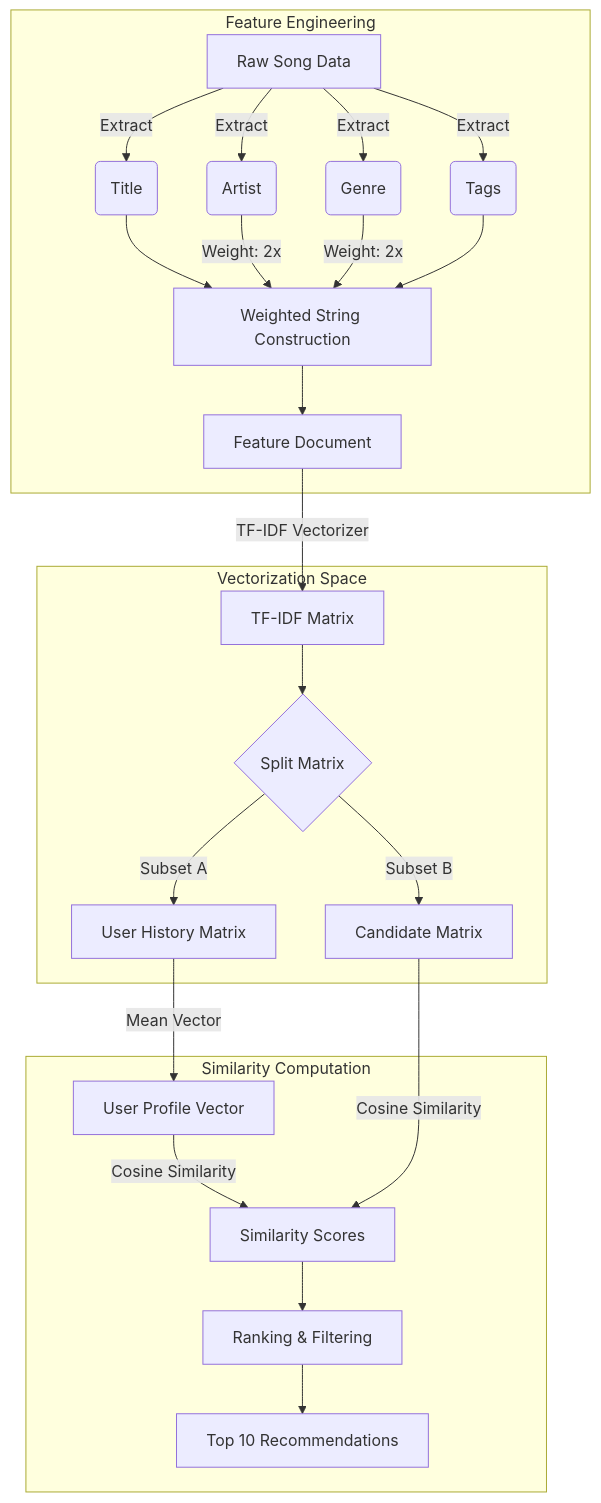
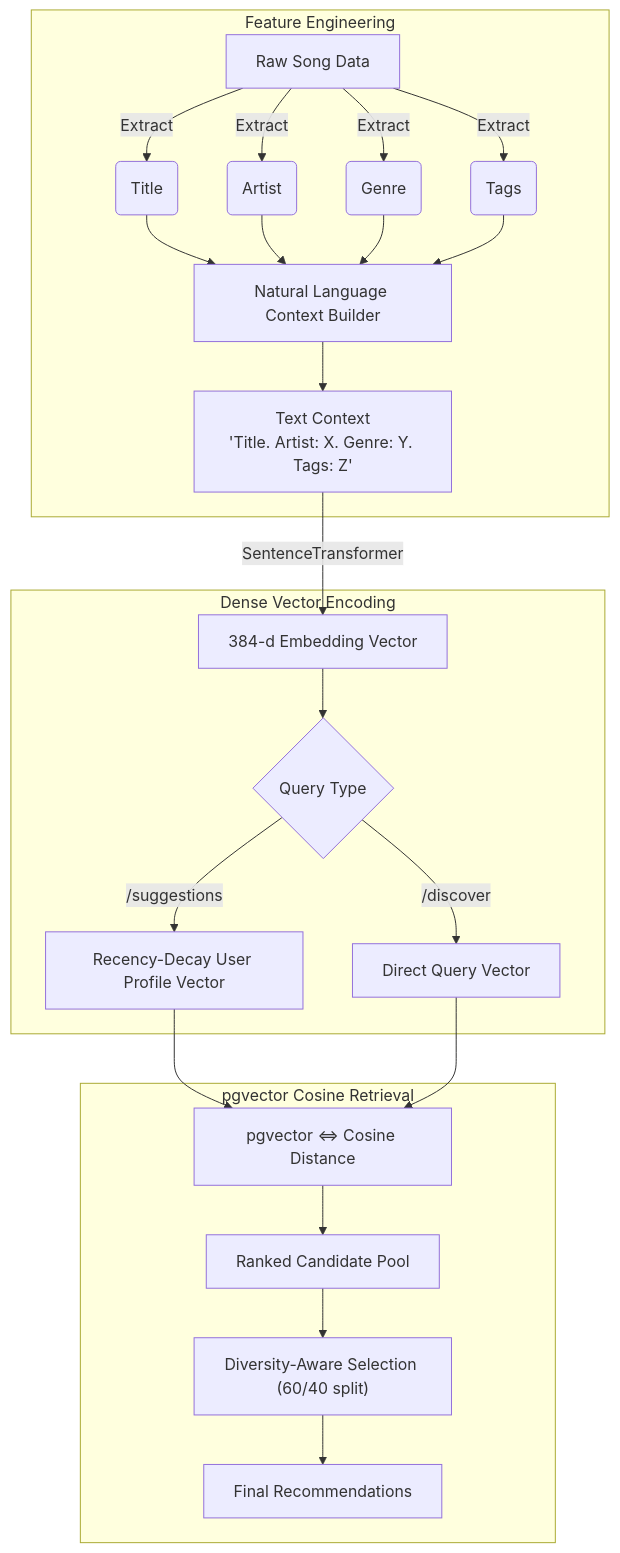
One commit to Agrannya-Singh/Tune_Trace_backend changed the first of 3 diagrams in whitepaper.md. Above: the diagram before and after it, drawn with Mermaid. The commit also changed other lines of this file and 12 other files, not shown here.

````diff
--- a/whitepaper.md
+++ b/whitepaper.md
@@ -12,31 +10,31 @@
 ```mermaid
 graph TD
-    subgraph Feature_Engineering [Feature Engineering]
+    subgraph Feature_Engineering ["Feature Engineering"]
         A[Raw Song Data] -->|Extract| B(Title)
         A -->|Extract| C(Artist)
         A -->|Extract| D(Genre)
         A -->|Extract| E(Tags)
         
-        B --> F[Weighted String Construction]
-        C -->|Weight: 2x| F
-        D -->|Weight: 2x| F
+        B --> F["Natural Language Context Builder"]
+        C --> F
+        D --> F
         E --> F
         
-        F --> G[Feature Document]
+        F --> G["Text Context<br/>'Title. Artist: X. Genre: Y. Tags: Z'"]
     end
 
-    subgraph Vectorization [Vectorization Space]
-        G -->|TF-IDF Vectorizer| H[TF-IDF Matrix]
-        H --> I{Split Matrix}
-        I -->|Subset A| J[User History Matrix]
-        I -->|Subset B| K[Candidate Matrix]
+    subgraph Encoding ["Dense Vector Encoding"]
+        G -->|SentenceTransformer| H["384-d Embedding Vector"]
+        H --> I{Query Type}
+        I -->|"/suggestions"| J["Recency-Decay User Profile Vector"]
+        I -->|"/discover"| K["Direct Query Vector"]
     end
 
-    subgraph Similarity [Similarity Computation]
-        J -->|Mean Vector| L[User Profile Vector]
-        L & K -->|Cosine Similarity| M[Similarity Scores]
-        M --> N[Ranking & Filtering]
-        N --> O[Top 10 Recommendations]
+    subgraph Retrieval ["pgvector Cosine Retrieval"]
+        J --> L["pgvector <=> Cosine Distance"]
+        K --> L
+        L --> M["Ranked Candidate Pool"]
+        M --> N["Diversity-Aware Selection (60/40 split)"]
+        N --> O["Final Recommendations"]
     end
-
 ```
````
